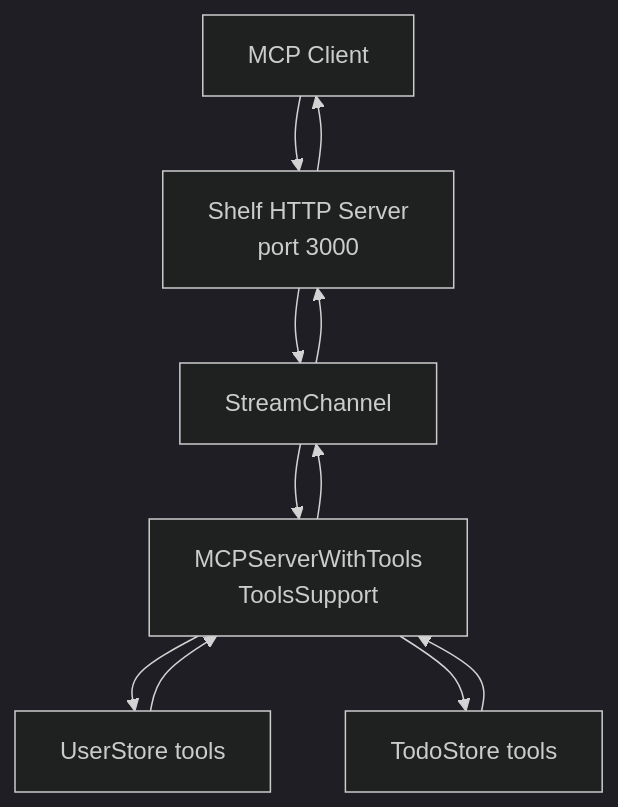
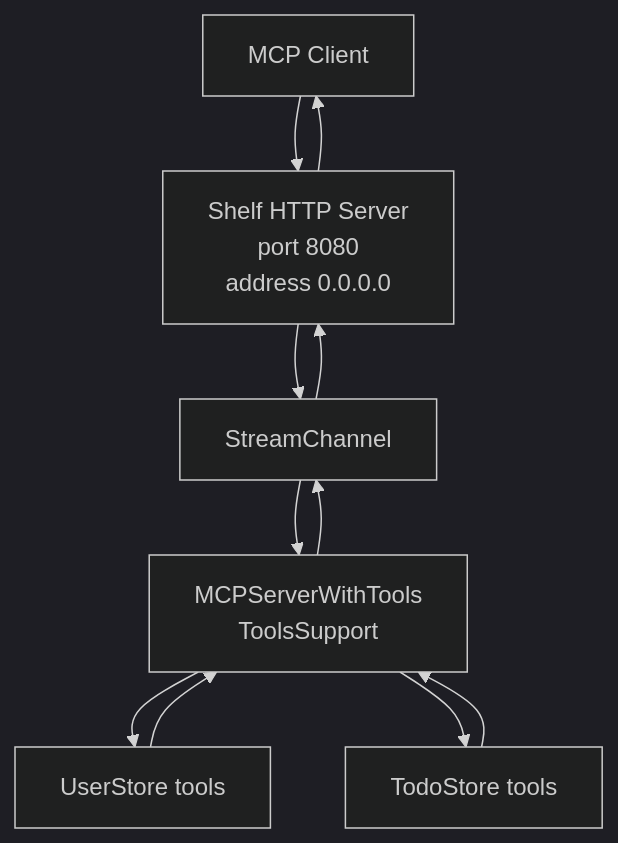
The second of 6 diagrams in .qoder/repowiki/en/content/Example Implementation/Example Project Setup and Configuration.md (cdavis-code/easy_mcp_workspace), drawn with Mermaid (dark theme) before and after one commit. The commit also changed other lines of this file and 13 other files, not shown here.

````diff
--- a/.qoder/repowiki/en/content/Example Implementation/Example Project Setup and Configuration.md
+++ b/.qoder/repowiki/en/content/Example Implementation/Example Project Setup and Configuration.md
@@ -115,19 +129,19 @@
 ```mermaid
 graph TB
 CLIENT["MCP Client"]
-HTTP["Shelf HTTP Server<br/>port 3000"]
+HTTP["Shelf HTTP Server<br/>port 8080<br/>address 0.0.0.0"]
 CHANNEL["StreamChannel<String>"]
 SERVER["MCPServerWithTools<br/>ToolsSupport"]
 TOOLS_USER["UserStore tools"]
 TOOLS_TODO["TodoStore tools"]
 CLIENT --> HTTP
 HTTP --> CHANNEL
 CHANNEL --> SERVER
 SERVER --> TOOLS_USER
 SERVER --> TOOLS_TODO
 TOOLS_USER --> SERVER
 TOOLS_TODO --> SERVER
 SERVER --> CHANNEL
 CHANNEL --> HTTP
 HTTP --> CLIENT
 ```
````
